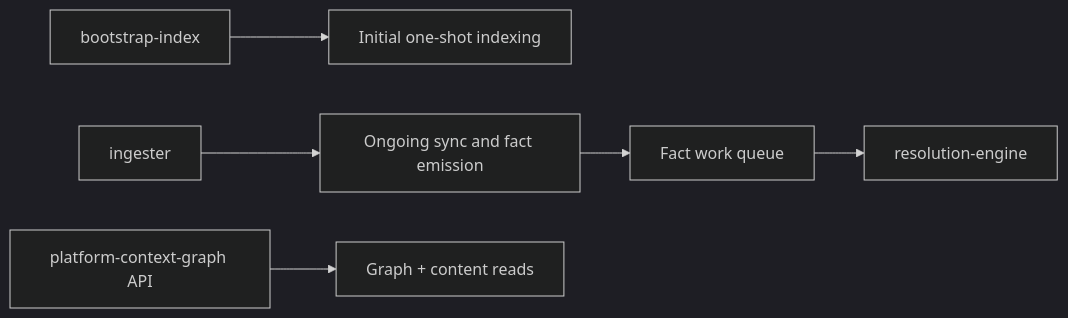
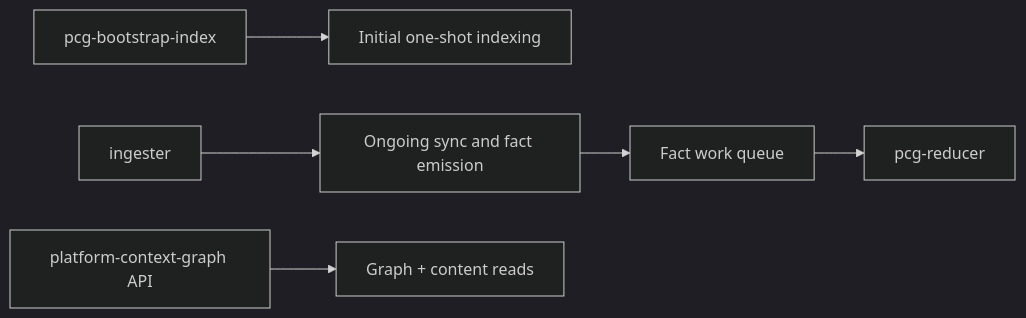
The second of 2 diagrams in docs/docs/deployment/service-runtimes.md (platformcontext/platform-context-graph), drawn with Mermaid (dark theme) before and after one commit. The commit also changed other lines of this file and 8 other files, not shown here.

````diff
--- a/docs/docs/deployment/service-runtimes.md
+++ b/docs/docs/deployment/service-runtimes.md
@@ -171,8 +162,8 @@
 ```mermaid
 flowchart LR
-  A["bootstrap-index"] --> B["Initial one-shot indexing"]
+  A["pcg-bootstrap-index"] --> B["Initial one-shot indexing"]
   C["ingester"] --> D["Ongoing sync and fact emission"]
   D --> E["Fact work queue"]
-  E --> F["resolution-engine"]
+  E --> F["pcg-reducer"]
   G["platform-context-graph API"] --> H["Graph + content reads"]
 ```
````
